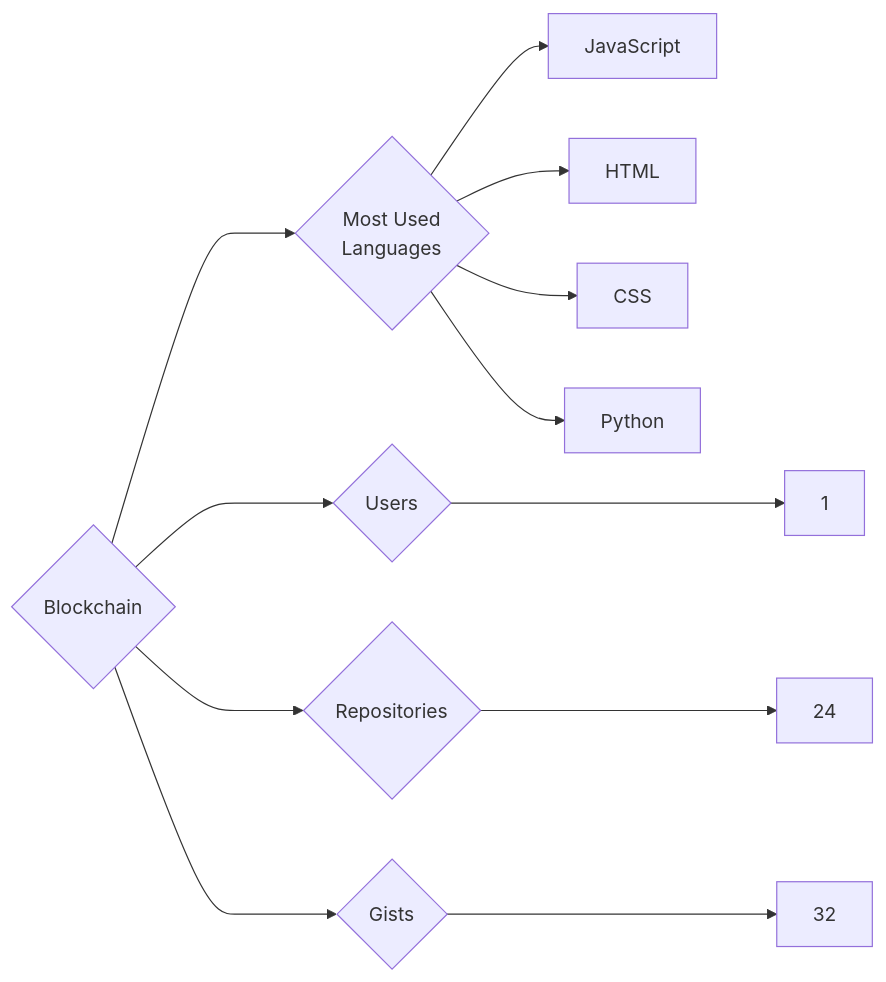
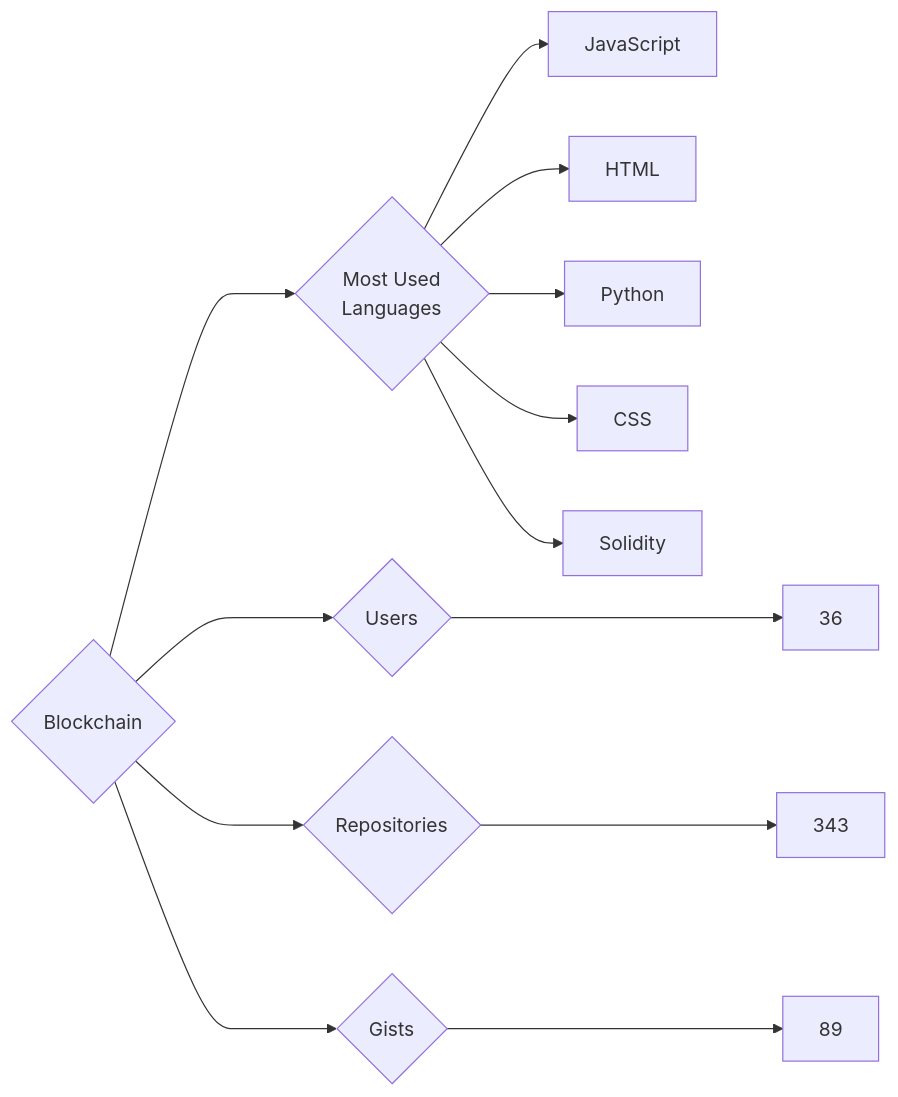
One commit to trickest/insiders changed the diagram in targets/Blockchain/README.md. Above: the diagram before and after it, drawn with Mermaid. The commit also changed 837 other files, not shown here.

````diff
--- a/targets/Blockchain/README.md
+++ b/targets/Blockchain/README.md
@@ -3,12 +3,13 @@
 ```mermaid
 graph LR
 COMPANY_NAME{Blockchain}
-COMPANY_NAME ---> U{Users} ---> UN[1]
-COMPANY_NAME ---> R{Repositories} ---> RN[24]
-COMPANY_NAME ---> G{Gists} ---> GN[32]
+COMPANY_NAME ---> U{Users} ---> UN[36]
+COMPANY_NAME ---> R{Repositories} ---> RN[343]
+COMPANY_NAME ---> G{Gists} ---> GN[89]
 COMPANY_NAME ---> ML{Most Used<br>Languages}
 ML --> JavaScript[JavaScript]
 ML --> HTML[HTML]
+ML --> Python[Python]
 ML --> CSS[CSS]
-ML --> Python[Python]
+ML --> Solidity[Solidity]
 ```
````
